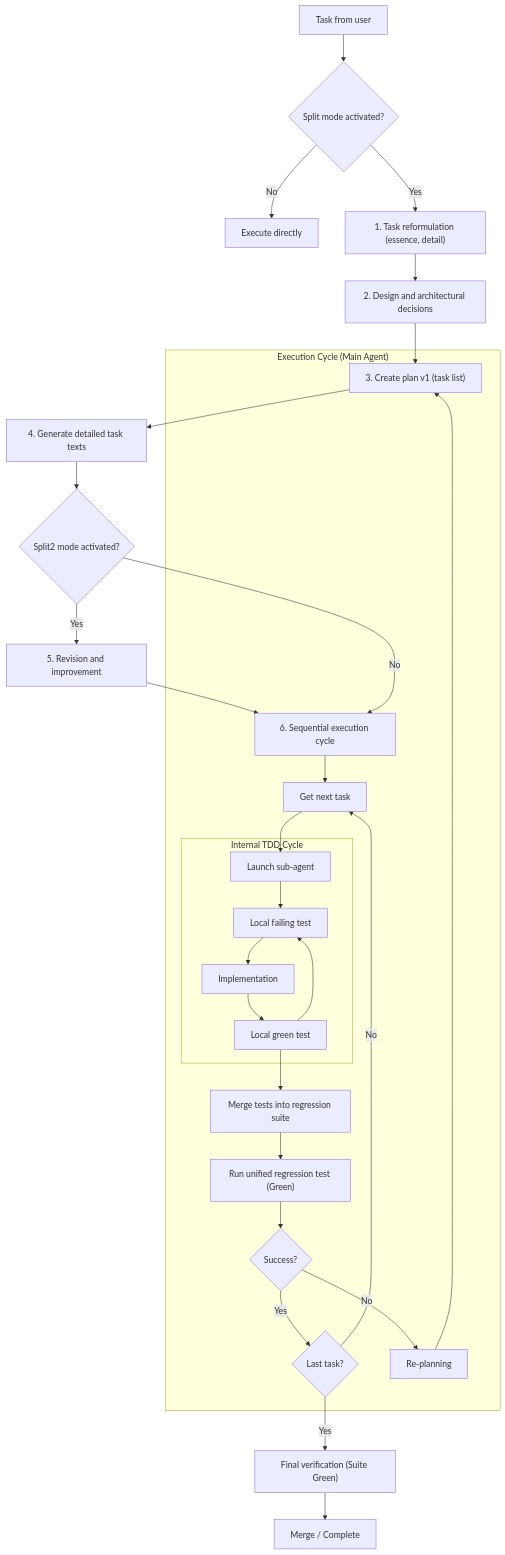
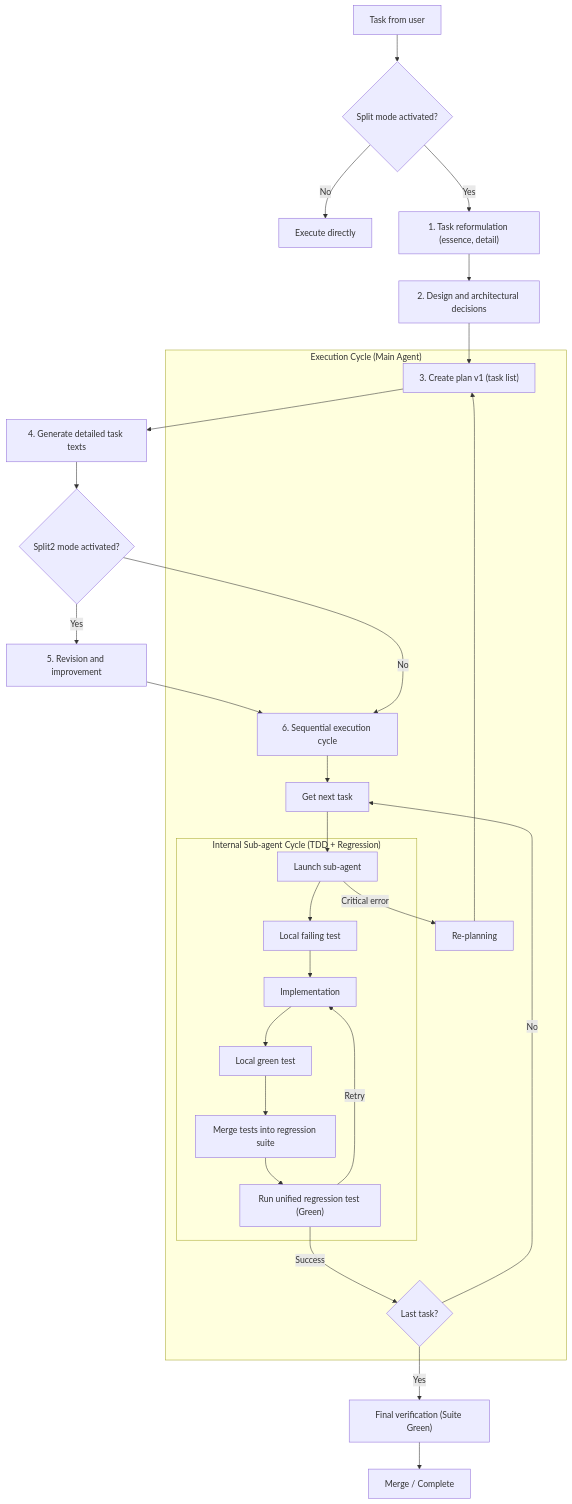
One commit to SpIvanM/split-first-tdd-agent-orchestration-framework changed the diagram in README.en.md. Above: the diagram before and after it, drawn with Mermaid. The commit also changed other lines of this file and 1 other file, not shown here.

Commit message:
docs: update internal TDD and regression cycle documentation in README files

````diff
--- a/README.en.md
+++ b/README.en.md
@@ -98,37 +98,36 @@
 ```mermaid
 graph TD
     A["Task from user"] --> B{"Split mode activated?"}
     B -- "No" --> C["Execute directly"]
     B -- "Yes" --> D["1. Task reformulation (essence, detail)"]
     D --> E["2. Design and architectural decisions"]
     E --> F["3. Create plan v1 (task list)"]
     F --> G["4. Generate detailed task texts"]
     G --> H{"Split2 mode activated?"}
     H -- "Yes" --> I["5. Revision and improvement"]
     I --> J["6. Sequential execution cycle"]
     H -- "No" --> J
     
     subgraph "Execution Cycle (Main Agent)"
         J --> K["Get next task"]
         K --> L["Launch sub-agent"]
         
-        subgraph "Internal TDD Cycle"
+        subgraph "Internal Sub-agent Cycle (TDD + Regression)"
             L --> M["Local failing test"]
             M --> N["Implementation"]
             N --> O["Local green test"]
-            O --> M
+            O --> P["Merge tests into regression suite"]
+            P --> Q["Run unified regression test (Green)"]
+            Q -- "Retry" --> N
         end
         
-        O --> P["Merge tests into regression suite"]
-        P --> Q["Run unified regression test (Green)"]
+        Q -- "Success" --> R{"Last task?"}
+        R -- "No" --> K
         
-        Q --> R{"Success?"}
-        R -- "Yes" --> S{"Last task?"}
-        S -- "No" --> K
-        R -- "No" --> T["Re-planning"]
+        L -- "Critical error" --> T["Re-planning"]
         T --> F
     end
     
-    S -- "Yes" --> U["Final verification (Suite Green)"]
+    R -- "Yes" --> U["Final verification (Suite Green)"]
     U --> V["Merge / Complete"]
 ```
````
